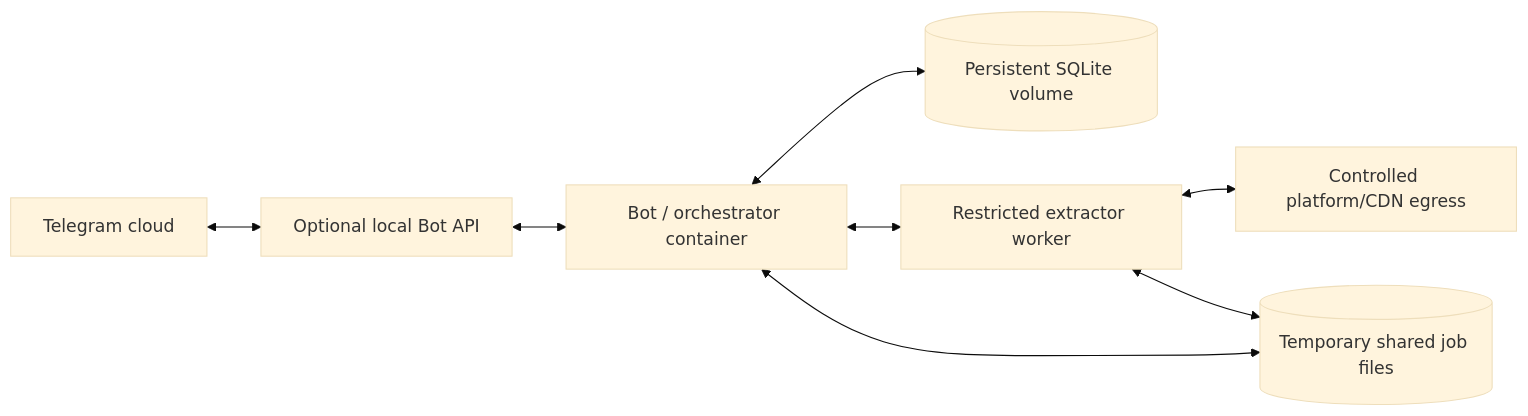
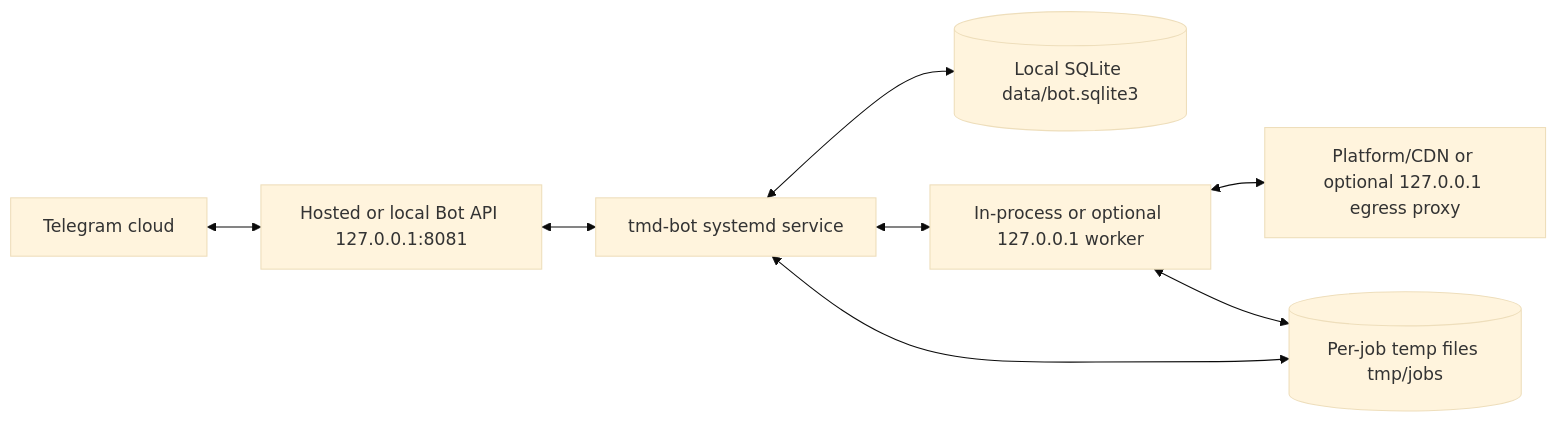
The fourth of 4 diagrams in architecture.md (ayhanarashtasin/FetchingVideosTiktok_Insta_X), drawn with Mermaid (base theme) before and after one commit. The commit also changed other lines of this file and 73 other files, not shown here.

````diff
--- a/architecture.md
+++ b/architecture.md
@@ -410,10 +429,10 @@
 ```mermaid
 flowchart LR
-    TG[Telegram cloud] <--> API[Optional local Bot API]
-    API <--> BOT[Bot / orchestrator container]
-    BOT <--> DB[(Persistent SQLite volume)]
-    BOT <--> WORKER[Restricted extractor worker]
-    WORKER <--> NET[Controlled platform/CDN egress]
-    BOT <--> TMP[(Temporary shared job files)]
+    TG[Telegram cloud] <--> API[Hosted or local Bot API 127.0.0.1:8081]
+    API <--> BOT[tmd-bot systemd service]
+    BOT <--> DB[(Local SQLite data/bot.sqlite3)]
+    BOT <--> WORKER[In-process or optional 127.0.0.1 worker]
+    WORKER <--> NET[Platform/CDN or optional 127.0.0.1 egress proxy]
+    BOT <--> TMP[(Per-job temp files tmp/jobs)]
     WORKER <--> TMP
 ```
````
